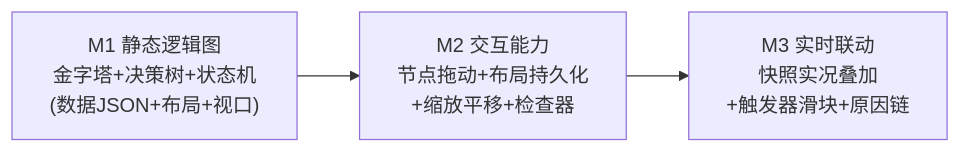
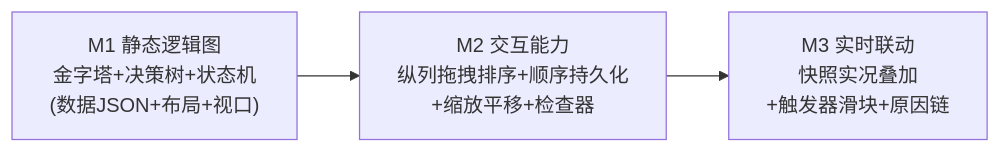
Before and after one commit to g39088902/FlowAndAccord: the diagram in docs/DECISION_VIZ_DESIGN.md, drawn with Mermaid. The commit also changed other lines of this file and 4 other files, not shown here.

````diff
--- a/docs/DECISION_VIZ_DESIGN.md
+++ b/docs/DECISION_VIZ_DESIGN.md
@@ -425,7 +428,7 @@
 ```mermaid
 graph LR
     M1["M1 静态逻辑图<br/>金字塔+决策树+状态机<br/>(数据JSON+布局+视口)"]
-    M2["M2 交互能力<br/>节点拖动+布局持久化<br/>+缩放平移+检查器"]
+    M2["M2 交互能力<br/>纵列拖拽排序+顺序持久化<br/>+缩放平移+检查器"]
     M3["M3 实时联动<br/>快照实况叠加<br/>+触发器滑块+原因链"]
     M1 --> M2 --> M3
 ```
````
